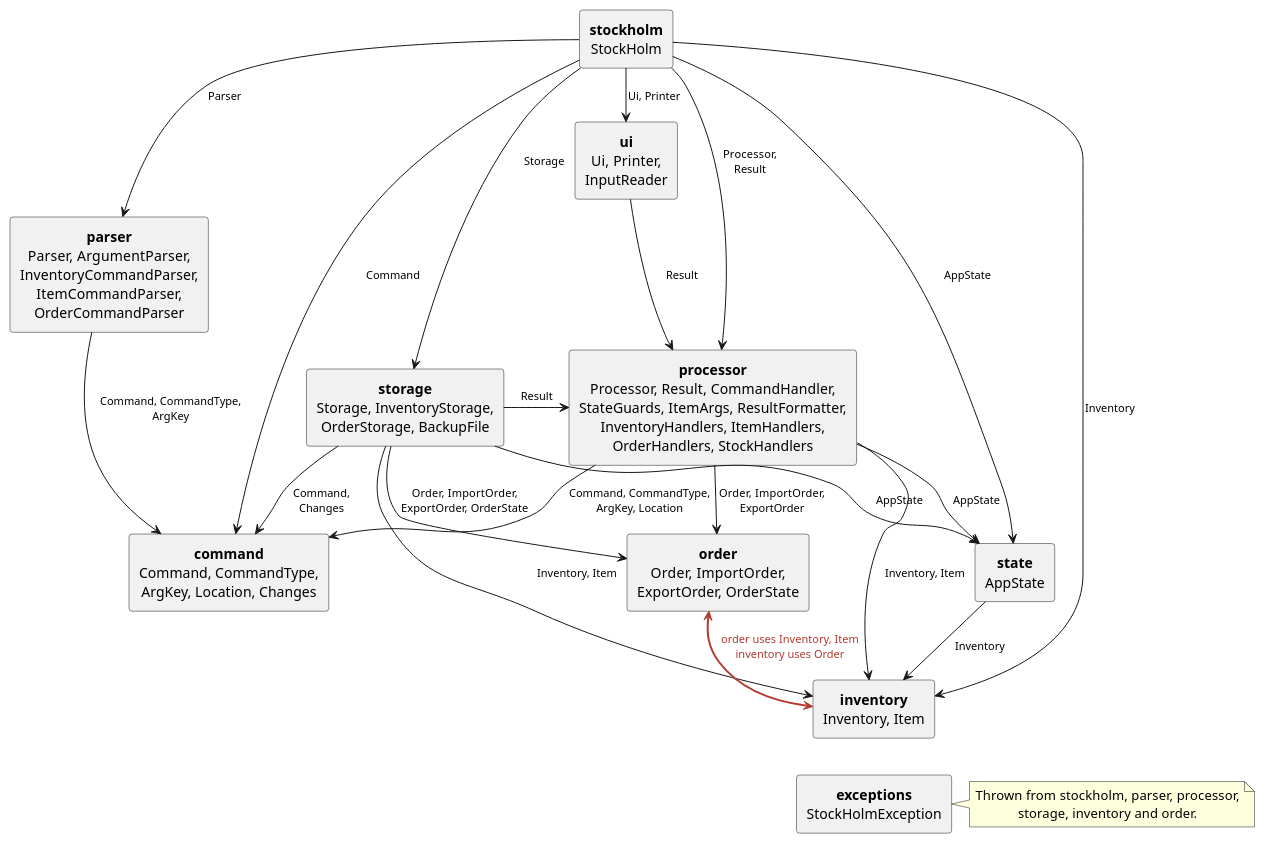
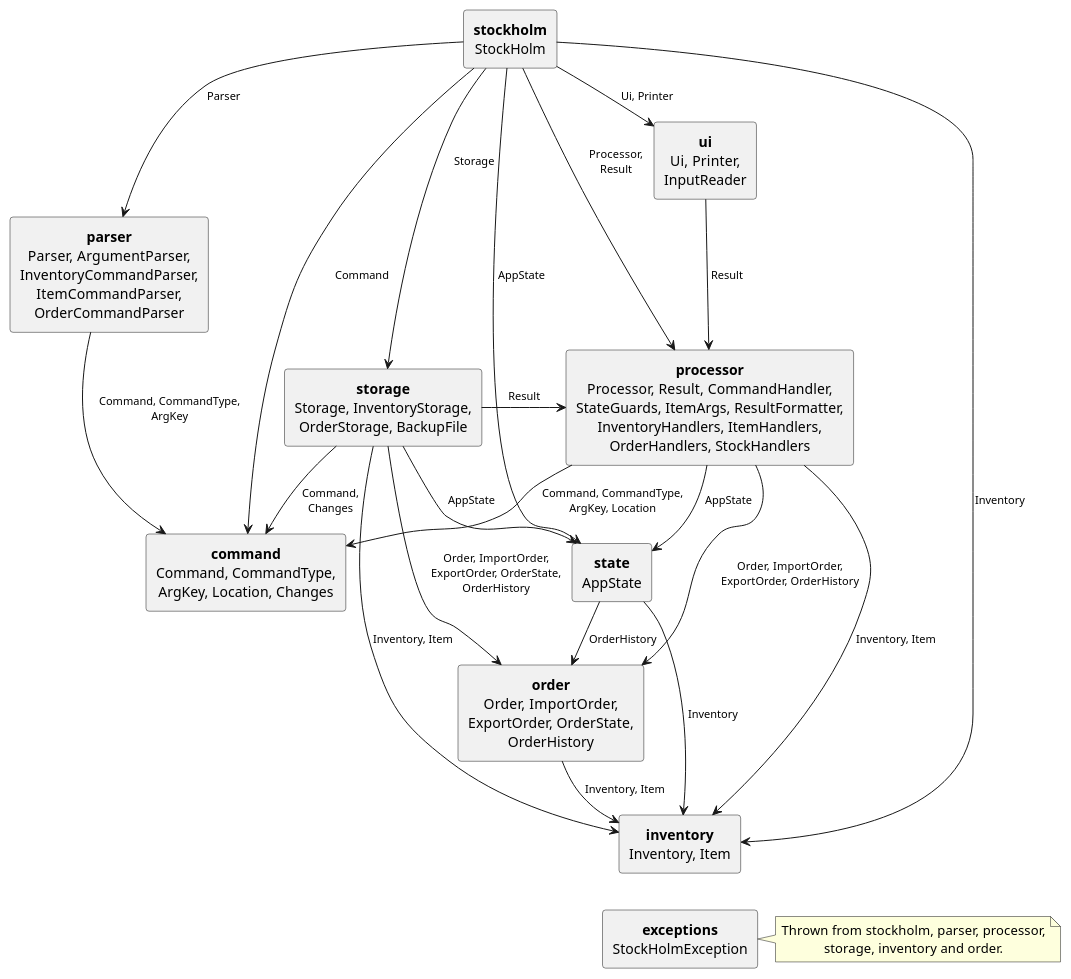
One commit to AY2627S1-CS2113-W14-4/tp changed the diagram in docs/diagrams/CouplingDiagram.puml. Above: the diagram before and after it, drawn with PlantUML. The commit also changed 28 other files, not shown here.

Commit message:
Move orders into a global OrderHistory

```diff
--- a/docs/diagrams/CouplingDiagram.puml
+++ b/docs/diagrams/CouplingDiagram.puml
@@ -1,52 +1,52 @@
 @startuml
 !pragma layout smetana
 top to bottom direction
 skinparam defaultTextAlignment center
 skinparam ArrowFontSize 11
 skinparam rectangle {
     RoundCorner 6
 }
 
 ' One box per package, listing its classes. Each arrow means "some class in the source package uses
 ' these classes of the target package". Arrows into stockholm.exceptions are left out; see the note.
 
 rectangle "**stockholm**\nStockHolm" as main
 rectangle "**ui**\nUi, Printer,\nInputReader" as ui
 rectangle "**parser**\nParser, ArgumentParser,\nInventoryCommandParser,\nItemCommandParser,\nOrderCommandParser" as parser
 rectangle "**storage**\nStorage, InventoryStorage,\nOrderStorage, BackupFile" as storage
 rectangle "**processor**\nProcessor, Result, CommandHandler,\nStateGuards, ItemArgs, ResultFormatter,\nInventoryHandlers, ItemHandlers,\nOrderHandlers, StockHandlers" as processor
 rectangle "**command**\nCommand, CommandType,\nArgKey, Location, Changes" as command
 rectangle "**state**\nAppState" as state
-rectangle "**order**\nOrder, ImportOrder,\nExportOrder, OrderState" as order
+rectangle "**order**\nOrder, ImportOrder,\nExportOrder, OrderState,\nOrderHistory" as order
 rectangle "**inventory**\nInventory, Item" as inventory
 rectangle "**exceptions**\nStockHolmException" as exceptions
 
 main -down-> ui : Ui, Printer
 main -down-> parser : Parser
 main -down-> storage : Storage
 main -down-> processor : Processor,\nResult
 main -down-> state : AppState
 main -down-> command : Command
 main -down-> inventory : Inventory
 
 ui -down-> processor : Result
 parser -down-> command : Command, CommandType,\nArgKey
 storage -right-> processor : Result
 storage -down-> command : Command,\nChanges
 storage -down-> state : AppState
-storage -down-> order : Order, ImportOrder,\nExportOrder, OrderState
+storage -down-> order : Order, ImportOrder,\nExportOrder, OrderState,\nOrderHistory
 storage -down-> inventory : Inventory, Item
 processor -down-> command : Command, CommandType,\nArgKey, Location
 processor -down-> state : AppState
-processor -down-> order : Order, ImportOrder,\nExportOrder
+processor -down-> order : Order, ImportOrder,\nExportOrder, OrderHistory
 processor -down-> inventory : Inventory, Item
 state -down-> inventory : Inventory
-' order and inventory depend on each other (a package cycle), so they are drawn as one two-way arrow.
-order <-[#B03A2E,bold]down-> inventory : <color:#B03A2E>order uses Inventory, Item</color>\n<color:#B03A2E>inventory uses Order</color>
+state -down-> order : OrderHistory
+order -down-> inventory : Inventory, Item
 
 note right of exceptions
     Thrown from stockholm, parser, processor,
     storage, inventory and order.
 end note
 inventory -[hidden]down-> exceptions
 @enduml
```
